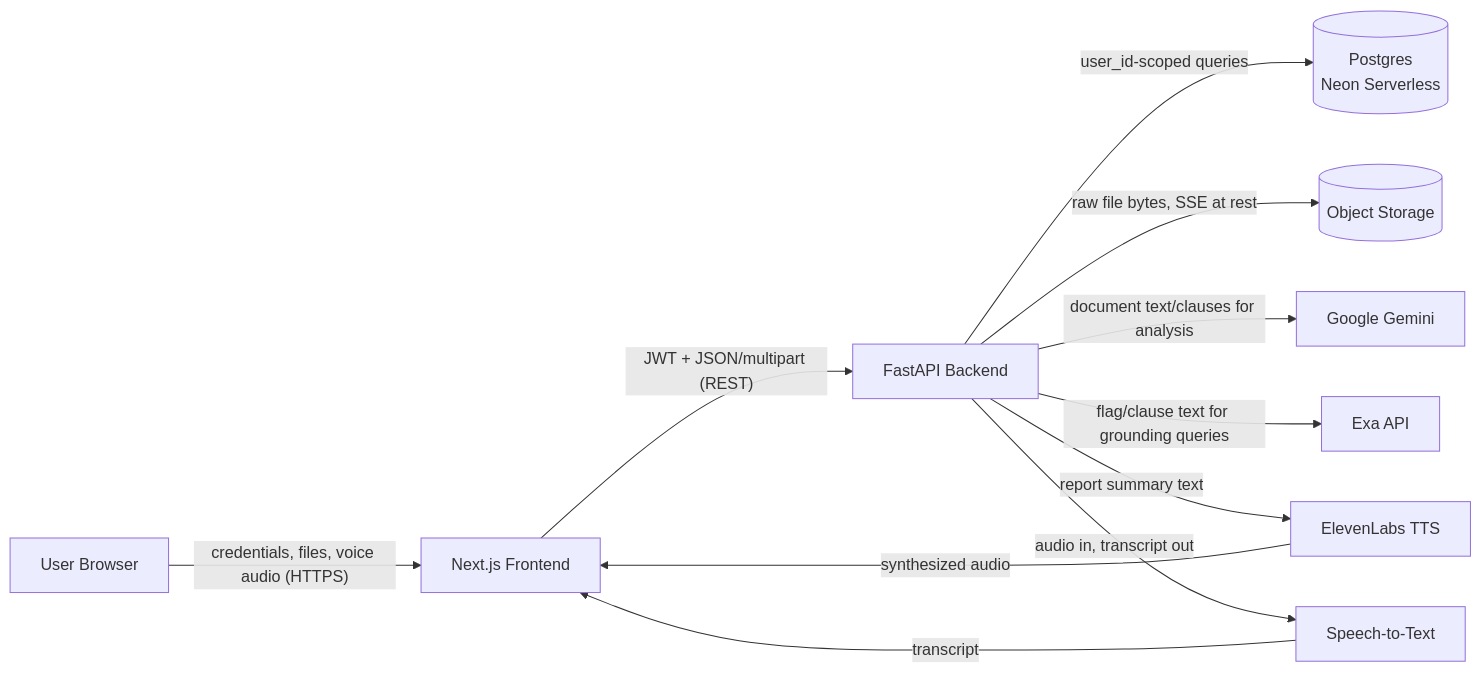
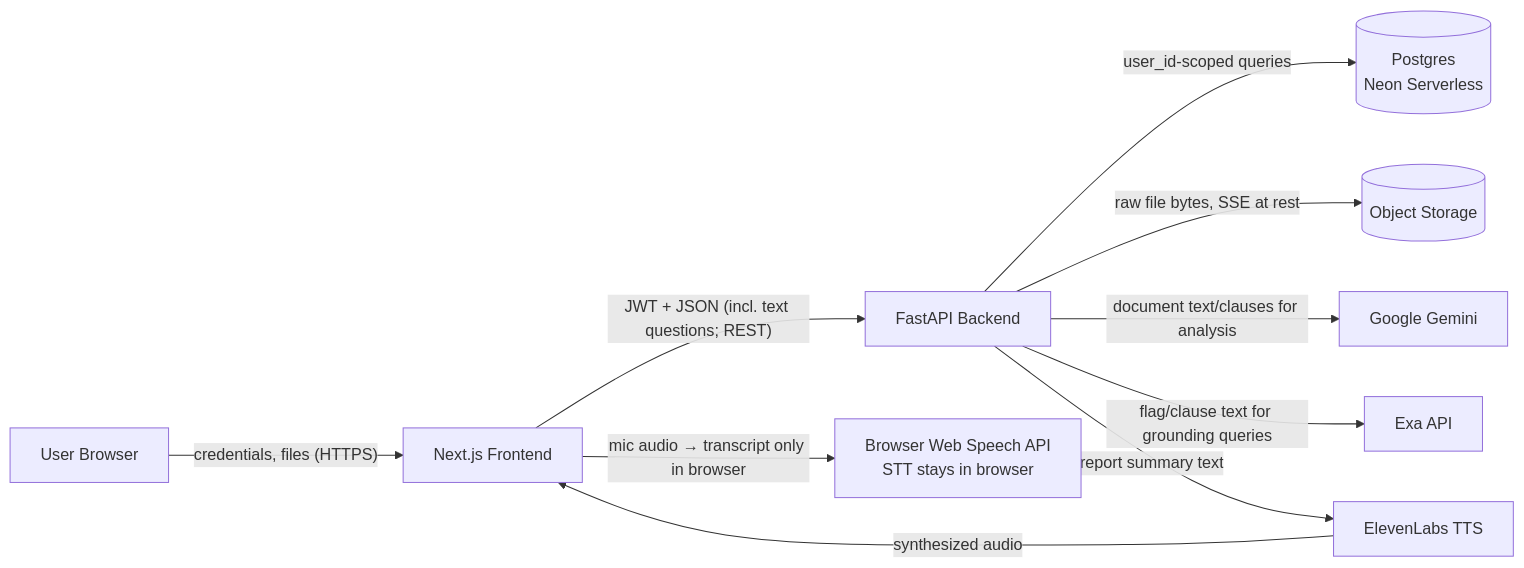
One commit to DhrumilPrajapati03/VectorMinds changed the diagram in lexo/docs/SECURITY_AND_ACCESS.md. Above: the diagram before and after it, drawn with Mermaid. The commit also changed other lines of this file and 27 other files, not shown here.

````diff
--- a/lexo/docs/SECURITY_AND_ACCESS.md
+++ b/lexo/docs/SECURITY_AND_ACCESS.md
@@ -23,23 +23,22 @@
 ```mermaid
 flowchart LR
     User[User Browser]
     FE[Next.js Frontend]
     BE[FastAPI Backend]
     DB[(Postgres<br/>Neon Serverless)]
     Blob[(Object Storage)]
     Gemini[Google Gemini]
     Exa[Exa API]
     Eleven[ElevenLabs TTS]
-    STT[Speech-to-Text]
+    WebSpeech[Browser Web Speech API<br/>STT stays in browser]
 
-    User -->|"credentials, files, voice audio (HTTPS)"| FE
-    FE -->|"JWT + JSON/multipart (REST)"| BE
+    User -->|"credentials, files (HTTPS)"| FE
+    FE -->|"mic audio → transcript only in browser"| WebSpeech
+    FE -->|"JWT + JSON (incl. text questions; REST)"| BE
     BE -->|"user_id-scoped queries"| DB
     BE -->|"raw file bytes, SSE at rest"| Blob
     BE -->|"document text/clauses for analysis"| Gemini
     BE -->|"flag/clause text for grounding queries"| Exa
     BE -->|"report summary text"| Eleven
-    BE -->|"audio in, transcript out"| STT
     Eleven -->|"synthesized audio"| FE
-    STT -->|"transcript"| FE
 ```
````
